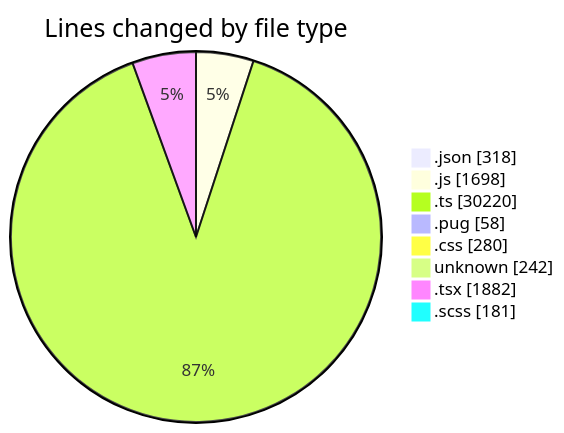
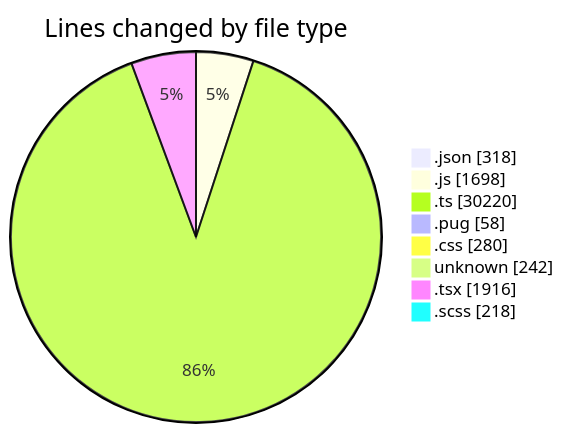
One commit to momahboobian/code-tracking changed the first of 2 diagrams in 2026-06-02/cda/README.md. Above: the diagram before and after it, drawn with Mermaid. The commit also changed other lines of this file and 1 other file, not shown here.

````diff
--- a/2026-06-02/cda/README.md
+++ b/2026-06-02/cda/README.md
@@ -66,12 +66,12 @@
 ```mermaid
 pie showData
 title Lines changed by file type
 ".json" : 318
 ".js" : 1698
 ".ts" : 30220
 ".pug" : 58
 ".css" : 280
 "unknown" : 242
-".tsx" : 1882
-".scss" : 181
+".tsx" : 1916
+".scss" : 218
 ```
````
